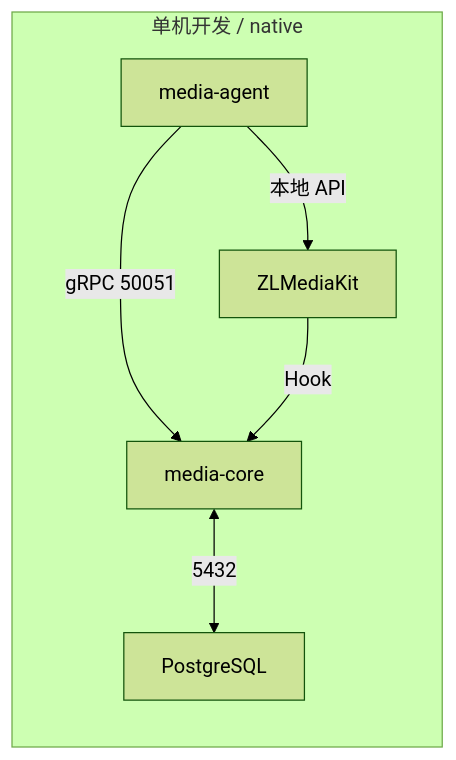
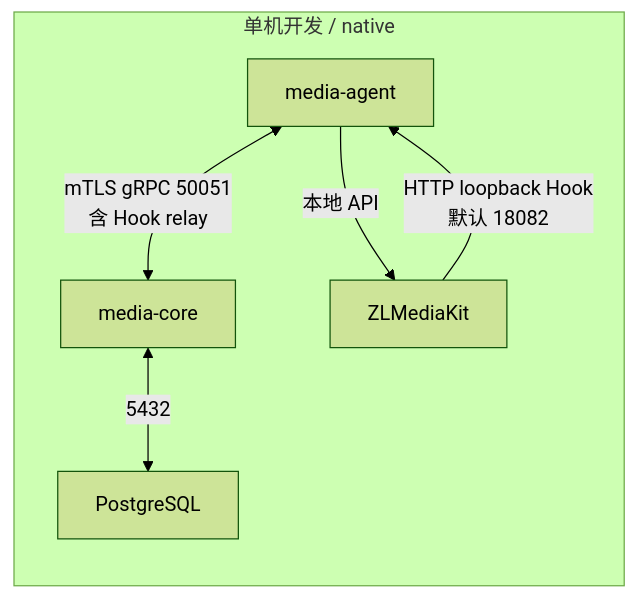
Before and after one commit to yu1101610062/StreamServer: the fifth of 7 diagrams in docs/zh/17-deployment-diagrams.md, drawn with Mermaid (forest theme). The commit also changed other lines of this file and 103 other files, not shown here.

````diff
--- a/docs/zh/17-deployment-diagrams.md
+++ b/docs/zh/17-deployment-diagrams.md
@@ -210,14 +210,14 @@
 ```mermaid
 flowchart LR
     subgraph Dev["单机开发 / native"]
         Core["media-core"]
         Agent["media-agent"]
         ZLM["ZLMediaKit"]
         DB["PostgreSQL"]
     end
 
     Core <-->|"5432"| DB
-    Agent -->|"gRPC 50051"| Core
-    ZLM -->|"Hook"| Core
+    Agent <-->|"mTLS gRPC 50051\n含 Hook relay"| Core
+    ZLM -->|"HTTP loopback Hook\n默认 18082"| Agent
     Agent -->|"本地 API"| ZLM
 ```
````
